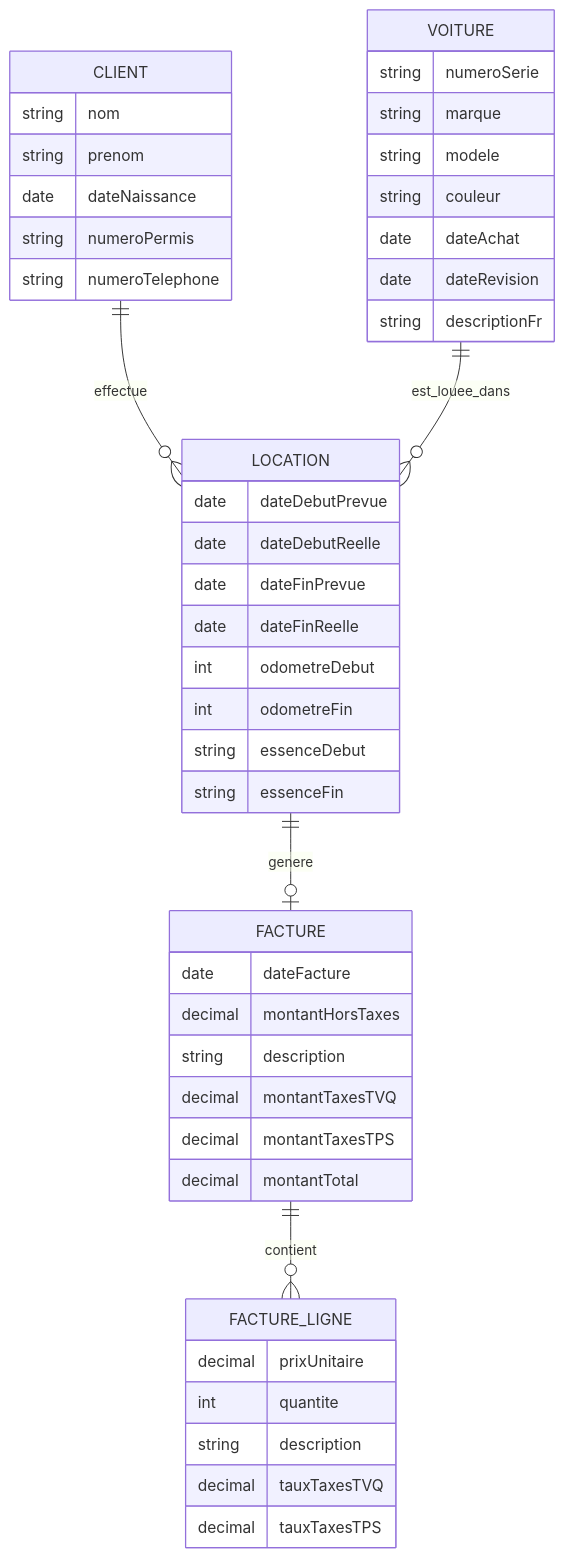
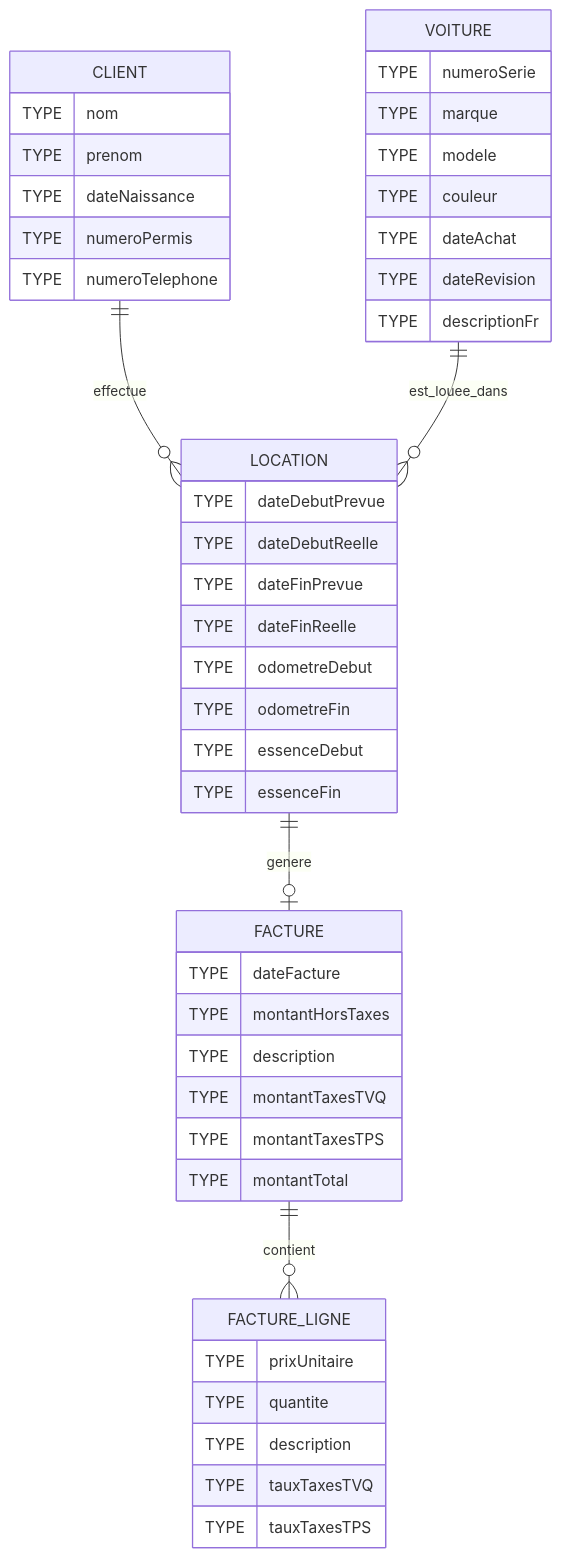
Before and after one commit to PiFou86/420-W34-SF-TP02: the diagram in README.md, drawn with Mermaid. The commit also changed other lines of this file, not shown here.

````diff
--- a/README.md
+++ b/README.md
@@ -34,54 +34,54 @@
 ```mermaid
 erDiagram
 
     VOITURE {
-        string numeroSerie
-        string marque
-        string modele
-        string couleur
-        date dateAchat
-        date dateRevision
-        string descriptionFr
+        TYPE numeroSerie
+        TYPE marque
+        TYPE modele
+        TYPE couleur
+        TYPE dateAchat
+        TYPE dateRevision
+        TYPE descriptionFr
     }
 
     LOCATION {
-        date dateDebutPrevue
-        date dateDebutReelle
-        date dateFinPrevue
-        date dateFinReelle
-        int odometreDebut
-        int odometreFin
-        string essenceDebut
-        string essenceFin
+        TYPE dateDebutPrevue
+        TYPE dateDebutReelle
+        TYPE dateFinPrevue
+        TYPE dateFinReelle
+        TYPE odometreDebut
+        TYPE odometreFin
+        TYPE essenceDebut
+        TYPE essenceFin
     }
 
     CLIENT {
-        string nom
-        string prenom
-        date dateNaissance
-        string numeroPermis
-        string numeroTelephone
+        TYPE nom
+        TYPE prenom
+        TYPE dateNaissance
+        TYPE numeroPermis
+        TYPE numeroTelephone
     }
 
     FACTURE {
-        date dateFacture
-        decimal montantHorsTaxes
-        string description
-        decimal montantTaxesTVQ
-        decimal montantTaxesTPS
-        decimal montantTotal
+        TYPE dateFacture
+        TYPE montantHorsTaxes
+        TYPE description
+        TYPE montantTaxesTVQ
+        TYPE montantTaxesTPS
+        TYPE montantTotal
     }
 
     FACTURE_LIGNE {
-        decimal prixUnitaire
-        int quantite
-        string description
-        decimal tauxTaxesTVQ
-        decimal tauxTaxesTPS
+        TYPE prixUnitaire
+        TYPE quantite
+        TYPE description
+        TYPE tauxTaxesTVQ
+        TYPE tauxTaxesTPS
     }
 
     CLIENT ||--o{ LOCATION : effectue
     VOITURE ||--o{ LOCATION : est_louee_dans
     LOCATION ||--o| FACTURE : genere
     FACTURE ||--o{ FACTURE_LIGNE : contient
 ```
````
